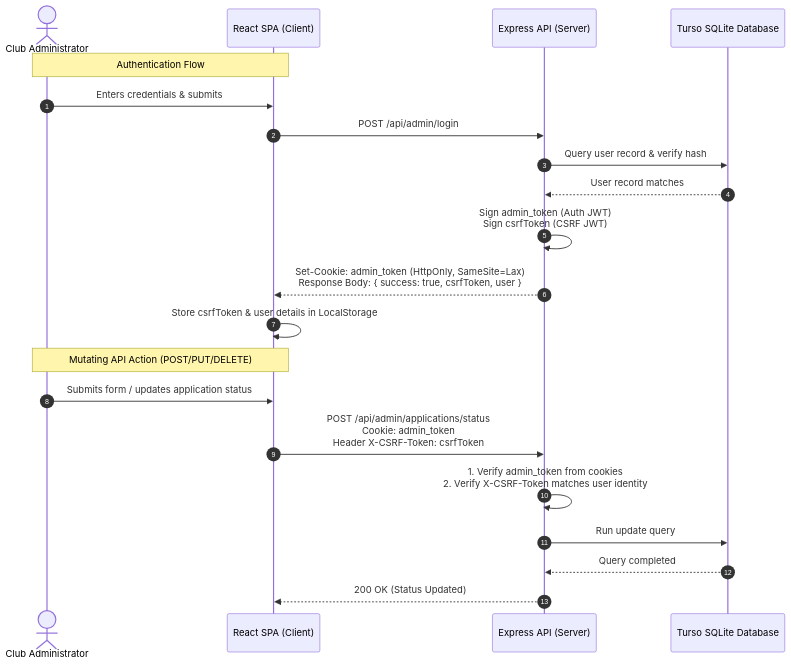
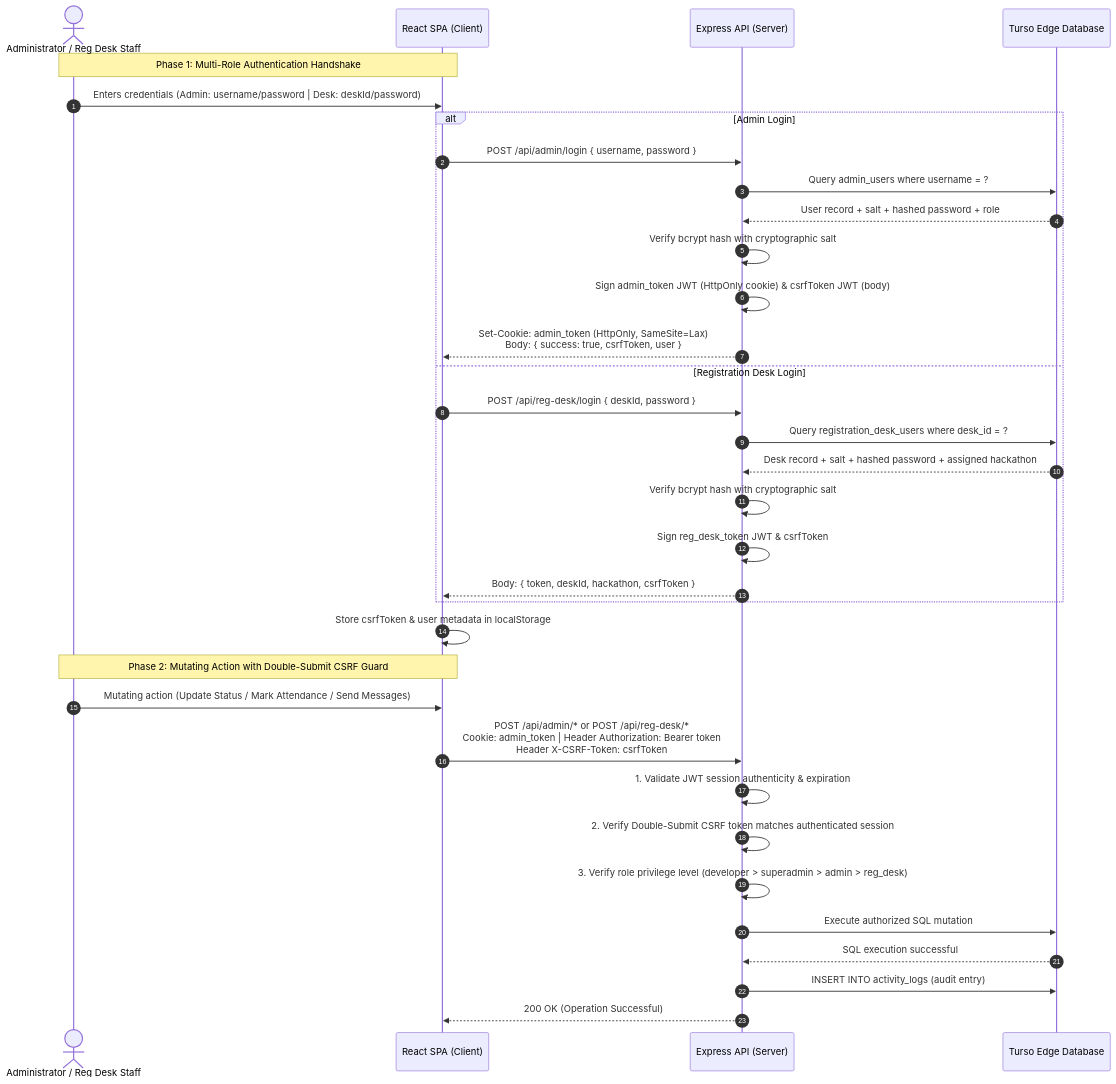
One commit to saicharan-bhuthkuri/rd changed the fourth of 26 diagrams in README.md. Above: the diagram before and after it, drawn with Mermaid. The commit also changed other lines of this file and 1 other file, not shown here.

Commit message:
docs: complete overhaul of README with 26 verified diagrams, 16-table ER schema, and Table of Figures

````diff
--- a/README.md
+++ b/README.md
@@ -354,25 +421,38 @@
 ```mermaid
 sequenceDiagram
     autonumber
-    actor Admin as Club Administrator
+    actor Admin as Administrator / Reg Desk Staff
     participant Browser as React SPA (Client)
     participant Server as Express API (Server)
-    participant DB as Turso SQLite Database
+    participant DB as Turso Edge Database
 
-    Note over Admin, Browser: Authentication Flow
-    Admin->>Browser: Enters credentials & submits
-    Browser->>Server: POST /api/admin/login
-    Server->>DB: Query user record & verify hash
-    DB-->>Server: User record matches
-    Server->>Server: Sign admin_token (Auth JWT)<br/>Sign csrfToken (CSRF JWT)
-    Server-->>Browser: Set-Cookie: admin_token (HttpOnly, SameSite=Lax)<br/>Response Body: { success: true, csrfToken, user }
-    Browser->>Browser: Store csrfToken & user details in LocalStorage
+    Note over Admin, Browser: Phase 1: Multi-Role Authentication Handshake
+    Admin->>Browser: Enters credentials (Admin: username/password | Desk: deskId/password)
+    alt Admin Login
+        Browser->>Server: POST /api/admin/login { username, password }
+        Server->>DB: Query admin_users where username = ?
+        DB-->>Server: User record + salt + hashed password + role
+        Server->>Server: Verify bcrypt hash with cryptographic salt
+        Server->>Server: Sign admin_token JWT (HttpOnly cookie) & csrfToken JWT (body)
+        Server-->>Browser: Set-Cookie: admin_token (HttpOnly, SameSite=Lax)<br/>Body: { success: true, csrfToken, user }
+    else Registration Desk Login
+        Browser->>Server: POST /api/reg-desk/login { deskId, password }
+        Server->>DB: Query registration_desk_users where desk_id = ?
+        DB-->>Server: Desk record + salt + hashed password + assigned hackathon
+        Server->>Server: Verify bcrypt hash with cryptographic salt
+        Server->>Server: Sign reg_desk_token JWT & csrfToken
+        Server-->>Browser: Body: { token, deskId, hackathon, csrfToken }
+    end
+    Browser->>Browser: Store csrfToken & user metadata in localStorage
 
-    Note over Admin, Browser: Mutating API Action (POST/PUT/DELETE)
-    Admin->>Browser: Submits form / updates application status
-    Browser->>Server: POST /api/admin/applications/status<br/>Cookie: admin_token<br/>Header X-CSRF-Token: csrfToken
-    Server->>Server: 1. Verify admin_token from cookies<br/>2. Verify X-CSRF-Token matches user identity
-    Server->>DB: Run update query
-    DB-->>Server: Query completed
-    Server-->>Browser: 200 OK (Status Updated)
+    Note over Admin, Browser: Phase 2: Mutating Action with Double-Submit CSRF Guard
+    Admin->>Browser: Mutating action (Update Status / Mark Attendance / Send Messages)
+    Browser->>Server: POST /api/admin/* or POST /api/reg-desk/*<br/>Cookie: admin_token | Header Authorization: Bearer token<br/>Header X-CSRF-Token: csrfToken
+    Server->>Server: 1. Validate JWT session authenticity & expiration
+    Server->>Server: 2. Verify Double-Submit CSRF token matches authenticated session
+    Server->>Server: 3. Verify role privilege level (developer > superadmin > admin > reg_desk)
+    Server->>DB: Execute authorized SQL mutation
+    DB-->>Server: SQL execution successful
+    Server->>DB: INSERT INTO activity_logs (audit entry)
+    Server-->>Browser: 200 OK (Operation Successful)
 ```
````
